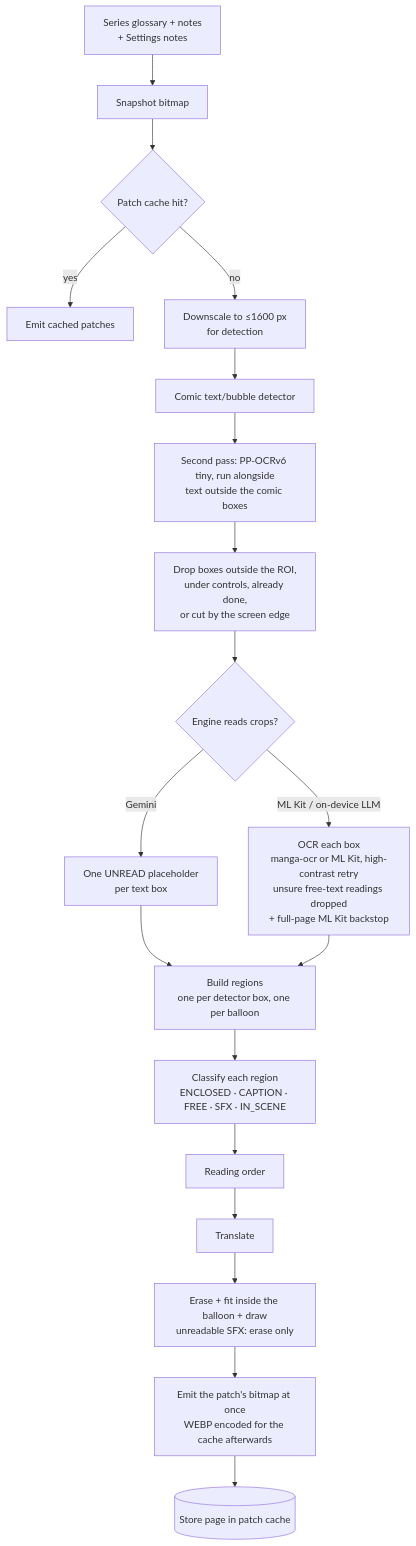
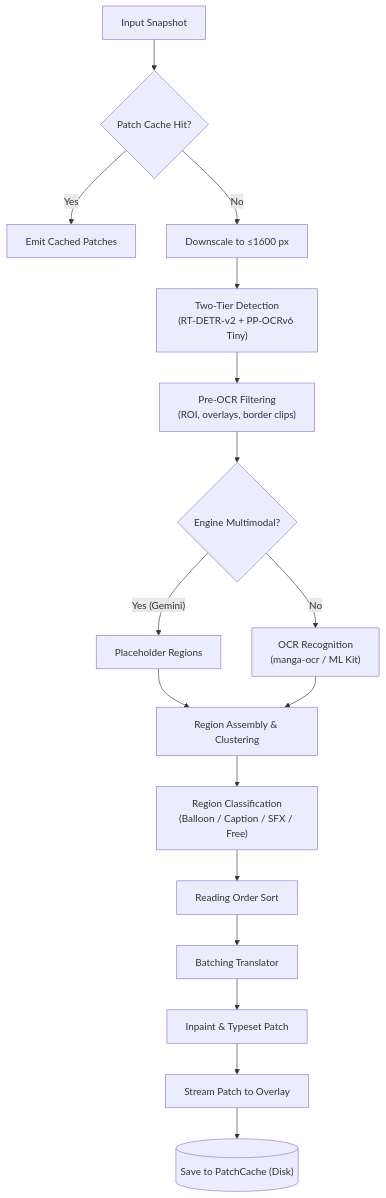
Before and after one commit to smnexstudio/Panelglass: the second of 2 diagrams in docs/FLOW.md, drawn with Mermaid. The commit also changed other lines of this file and 39 other files, not shown here.

````diff
--- a/docs/FLOW.md
+++ b/docs/FLOW.md
@@ -101,21 +94,18 @@
 ```mermaid
 flowchart TD
-    S[Series glossary + notes<br/>+ Settings notes] --> A
-    A[Snapshot bitmap] --> B{Patch cache hit?}
-    B -- yes --> Z[Emit cached patches]
-    B -- no --> C[Downscale to ≤1600 px<br/>for detection]
-    C --> D[Comic text/bubble detector]
-    D --> D2[Second pass: PP-OCRv6 tiny, run alongside<br/>text outside the comic boxes]
-    D2 --> E[Drop boxes outside the ROI,<br/>under controls, already done,<br/>or cut by the screen edge]
-    E --> F{Engine reads crops?}
-    F -- "Gemini" --> G[One UNREAD placeholder<br/>per text box]
-    F -- "ML Kit / on-device LLM" --> H[OCR each box<br/>manga-ocr or ML Kit, high-contrast retry<br/>unsure free-text readings dropped<br/>+ full-page ML Kit backstop]
-    G --> I[Build regions<br/>one per detector box, one per balloon]
-    H --> I
-    I --> J[Classify each region<br/>ENCLOSED · CAPTION · FREE · SFX · IN_SCENE]
-    J --> K[Reading order]
-    K --> L[Translate]
-    L --> M[Erase + fit inside the balloon + draw<br/>unreadable SFX: erase only]
-    M --> N[Emit the patch's bitmap at once<br/>WEBP encoded for the cache afterwards]
-    N --> O[(Store page in patch cache)]
+    A["Input Snapshot"] --> B{"Patch Cache Hit?"}
+    B -- Yes --> C["Emit Cached Patches"]
+    B -- No --> D["Downscale to ≤1600 px"]
+    D --> E["Two-Tier Detection<br/>(RT-DETR-v2 + PP-OCRv6 Tiny)"]
+    E --> F["Pre-OCR Filtering<br/>(ROI, overlays, border clips)"]
+    F --> G{"Engine Multimodal?"}
+    G -- Yes (Gemini) --> H["Placeholder Regions"]
+    G -- No --> I["OCR Recognition<br/>(manga-ocr / ML Kit)"]
+    H & I --> J["Region Assembly & Clustering"]
+    J --> K["Region Classification<br/>(Balloon / Caption / SFX / Free)"]
+    K --> L["Reading Order Sort"]
+    L --> M["Batching Translator"]
+    M --> N["Inpaint & Typeset Patch"]
+    N --> O["Stream Patch to Overlay"]
+    O --> P[("Save to PatchCache (Disk)")]
 ```
````
